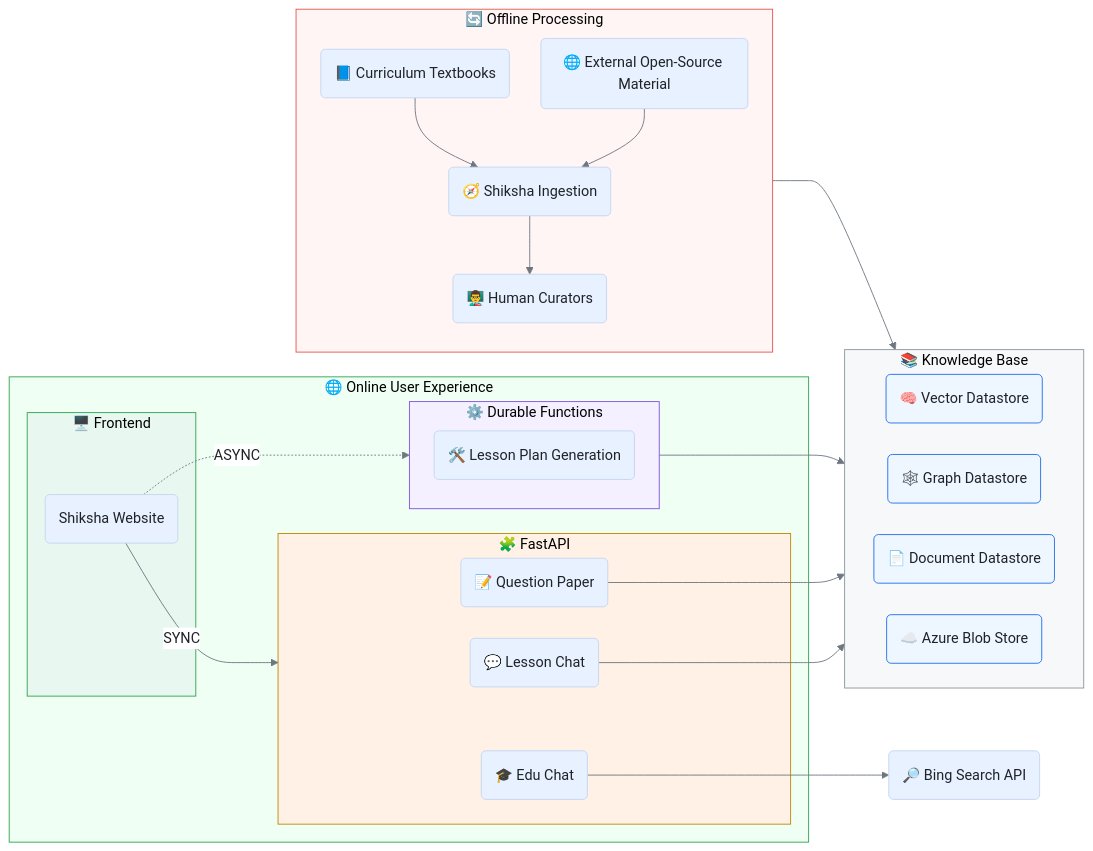
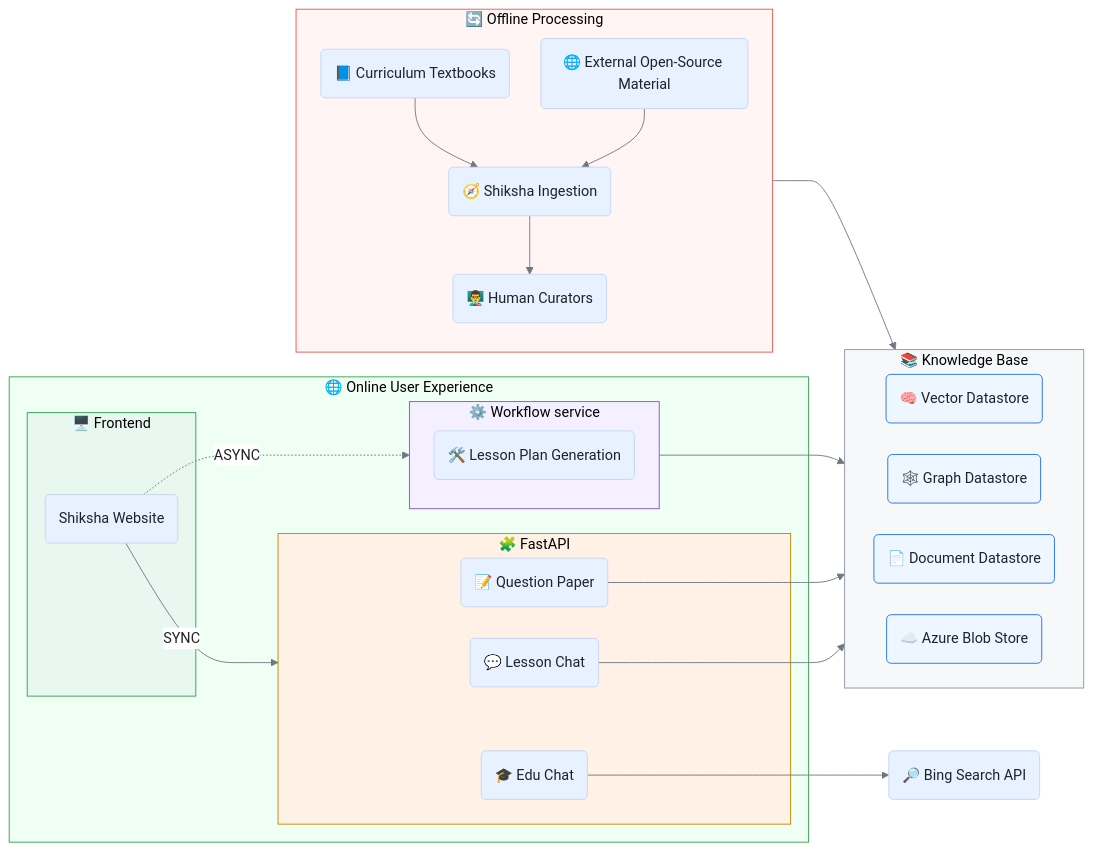
One commit to A4i-tech/Shiksha-Copilot changed the diagram in README.md. Above: the diagram before and after it, drawn with Mermaid. The commit also changed other lines of this file and 1 other file, not shown here.

Commit message:
ci: build and test the workflow service from ingestion/ (#224, #684)

````diff
--- a/README.md
+++ b/README.md
@@ -25,75 +25,75 @@
 ```mermaid
 ---
 config:
   theme: base
   themeVariables:
     background: transparent
     primaryTextColor: '#1f2328'
     primaryColor: '#e8f1ff'
     secondaryColor: '#fff1e5'
     lineColor: '#6e7781'
     clusterBkg: '#f6f8fa'
     clusterBorder: '#d0d7de'
     edgeLabelBackground: '#ffffff'
   flowchart:
     curve: basis
     diagramPadding: 8
     nodeSpacing: 35
     rankSpacing: 40
 ---
 flowchart LR
  subgraph OFFLINE["🔄 Offline Processing"]
     direction TB
         A("📘 Curriculum Textbooks")
         A2("🌐 External Open-Source Material")
         B("🧭 Shiksha Ingestion")
         B2("👨‍🏫 Human Curators")
   end
  subgraph F["📚 Knowledge Base"]
     direction LR
         C("🧠 Vector Datastore")
         D("🕸️ Graph Datastore")
         E("📄 Document Datastore")
         F1("☁️ Azure Blob Store")
   end
  subgraph s1["🖥️ Frontend"]
         G("Shiksha Website")
   end
  subgraph H["🧩 FastAPI"]
         I("💬 Lesson Chat")
         J("📝 Question Paper")
         K("🎓 Edu Chat")
   end
- subgraph M["⚙️ Durable Functions"]
+ subgraph M["⚙️ Workflow service"]
         N("🛠️ Lesson Plan Generation")
   end
  subgraph ONLINE["🌐 Online User Experience"]
         s1
         H
         M
   end
   L("🔎 Bing Search API")
     A --> B
     A2 --> B
     B --> B2
     B2 --> F
     G -- SYNC --> H
     G -. ASYNC .-> M
     I --> F
     J --> F
     K --> L
     M --> F
      C:::store
      D:::store
      E:::store
      F1:::store
     classDef store fill:#eef6ff,stroke:#1f6feb,stroke-width:1px,color:#1f2328
     classDef ghost fill:transparent,stroke:transparent,color:transparent
     style s1 fill:#e8f8f0,stroke:#2da44e,stroke-width:1px
     style H fill:#fff1e5,stroke:#bf8700,stroke-width:1px
     style M fill:#f5f0ff,stroke:#8250df,stroke-width:1px
     style F fill:#f6f8fa,stroke:#8b949e,stroke-width:1px
     style OFFLINE fill:#fff5f5,stroke:#e5534b,stroke-width:1px
     style ONLINE fill:#f0fff4,stroke:#2da44e,stroke-width:1px
 
 ```
````
